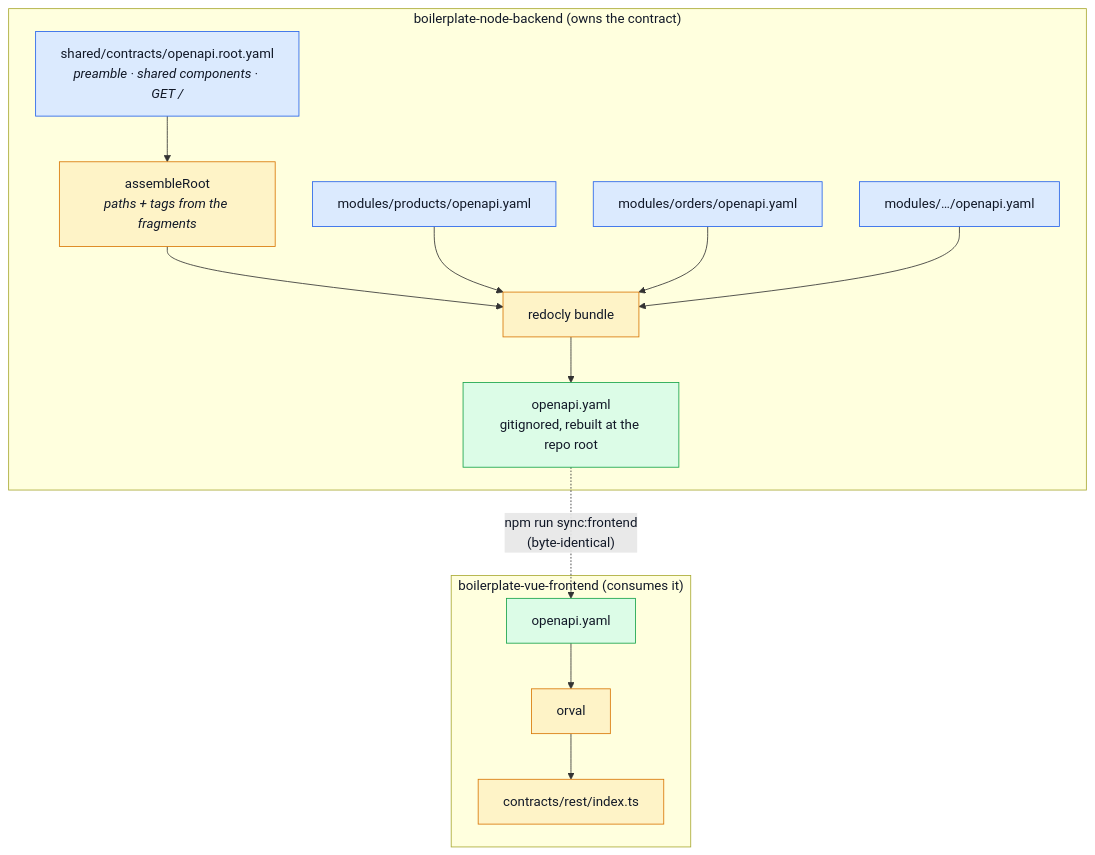
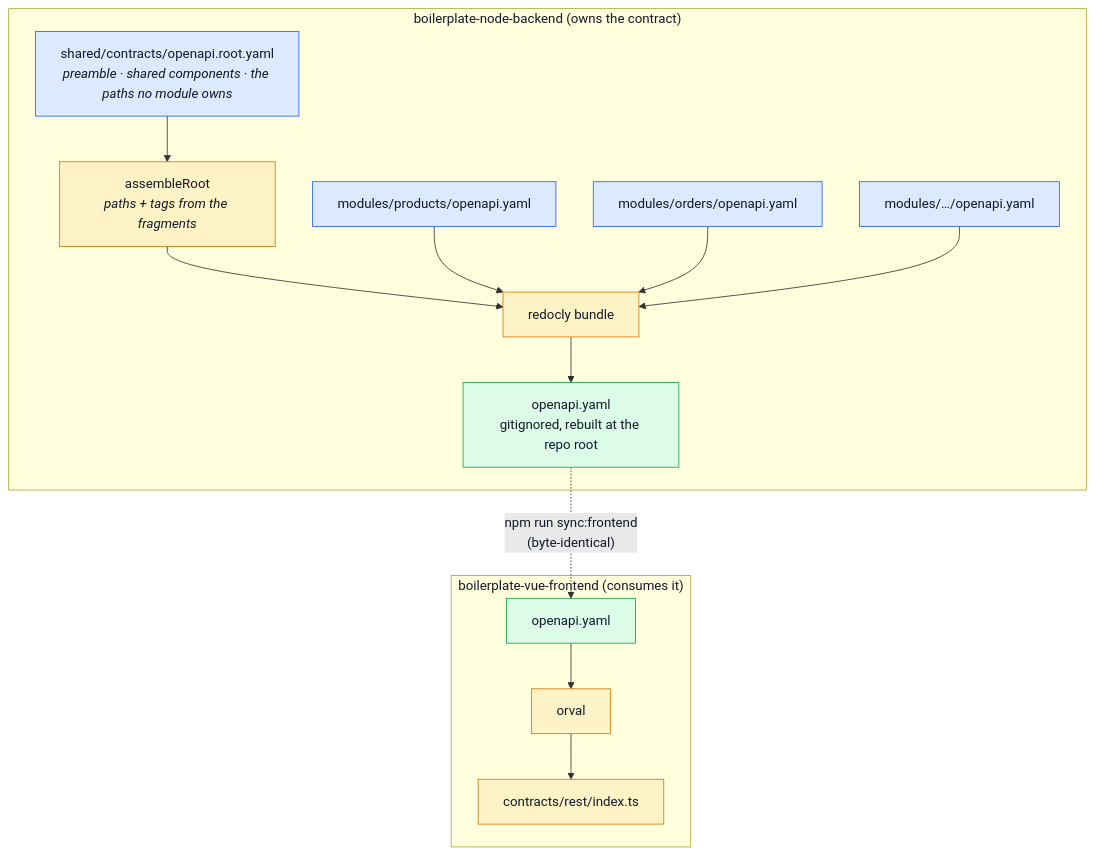
One commit to Guebbit/boilerplate-node-backend changed the diagram in docs/build/contract-fragmentation.md. Above: the diagram before and after it, drawn with Mermaid. The commit also changed 16 other files, not shown here.

First line of the commit message:
refactor(contracts): give each module path one owner and drop five dead exports

````diff
--- a/docs/build/contract-fragmentation.md
+++ b/docs/build/contract-fragmentation.md
@@ -85,24 +85,24 @@
 ```mermaid
 %%{init: {'flowchart': {'nodeSpacing': 45, 'rankSpacing': 55}}}%%
 flowchart TD
     subgraph BE["boilerplate-node-backend  (owns the contract)"]
-        H["shared/contracts/openapi.root.yaml<br/><i>preamble · shared components · GET /</i>"] --> AR["assembleRoot<br/><i>paths + tags from the fragments</i>"] --> B["redocly bundle"]
+        H["shared/contracts/openapi.root.yaml<br/><i>preamble · shared components · the paths no module owns</i>"] --> AR["assembleRoot<br/><i>paths + tags from the fragments</i>"] --> B["redocly bundle"]
         F1["modules/products/openapi.yaml"] --> B
         F2["modules/orders/openapi.yaml"] --> B
         F3["modules/…/openapi.yaml"] --> B
         B --> ROOT["openapi.yaml<br/>gitignored, rebuilt at the repo root"]
     end
 
     ROOT -.->|"npm run sync:frontend<br/>(byte-identical)"| FEROOT
 
     subgraph FE["boilerplate-vue-frontend  (consumes it)"]
         FEROOT["openapi.yaml"] --> ORVAL[orval] --> CLIENT["contracts/rest/index.ts"]
     end
 
     classDef frag fill:#dbeafe,stroke:#2563eb,color:#111827;
     classDef root fill:#dcfce7,stroke:#16a34a,color:#111827;
     classDef tool fill:#fef3c7,stroke:#d97706,color:#111827;
     class H,F1,F2,F3 frag;
     class ROOT,FEROOT root;
     class B,AR,ORVAL,CLIENT tool;
 ```
````
